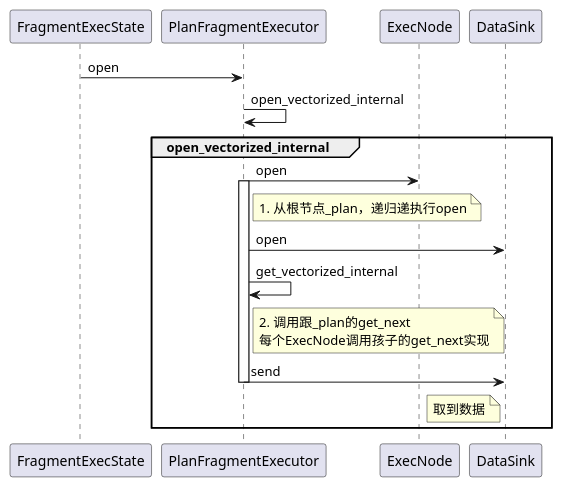
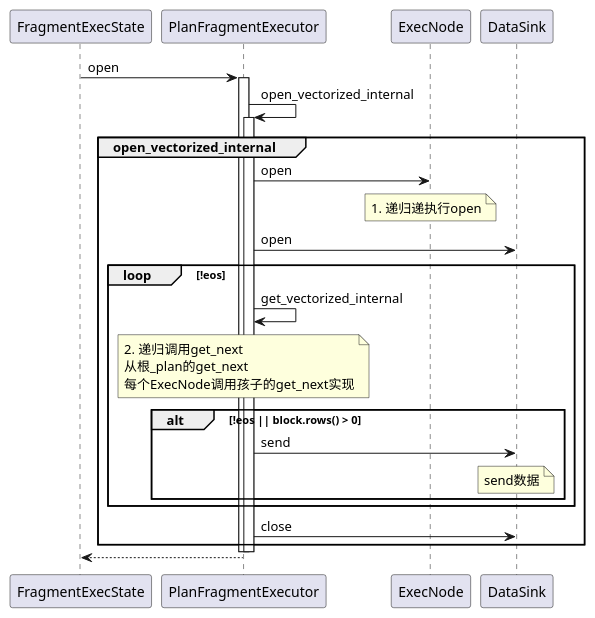
One commit to DepInjoy/geektime changed the fourth of 6 diagrams in doc/DB/Doris/SourceRead/12_01_Exec_Volcano.md. Above: the diagram before and after it, drawn with PlantUML. The commit also changed other lines of this file, not shown here.

````diff
--- a/doc/DB/Doris/SourceRead/12_01_Exec_Volcano.md
+++ b/doc/DB/Doris/SourceRead/12_01_Exec_Volcano.md
@@ -108,17 +109,25 @@
 ```plantuml
 @startuml
 FragmentExecState -> PlanFragmentExecutor:open
+activate PlanFragmentExecutor
 PlanFragmentExecutor -> PlanFragmentExecutor:open_vectorized_internal
+activate PlanFragmentExecutor
 group open_vectorized_internal
     PlanFragmentExecutor -> ExecNode:open
-    activate PlanFragmentExecutor
-    note right of PlanFragmentExecutor : 1. 从根节点_plan，递归递执行open
+    note over of ExecNode : 1. 递归递执行open
     PlanFragmentExecutor -> DataSink:open
+    loop !eos
     PlanFragmentExecutor -> PlanFragmentExecutor:get_vectorized_internal
-    note right of PlanFragmentExecutor: 2. 调用跟_plan的get_next\n每个ExecNode调用孩子的get_next实现
-    PlanFragmentExecutor -> DataSink:send
-    note left of DataSink: 取到数据
-    deactivate PlanFragmentExecutor
+    note over of PlanFragmentExecutor: 2. 递归调用get_next\n从根_plan的get_next\n每个ExecNode调用孩子的get_next实现
+    alt !eos || block.rows() > 0
+        PlanFragmentExecutor -> DataSink:send
+        note over of DataSink: send数据
+    end
+    end loop
+    PlanFragmentExecutor -> DataSink:close
 end group
+deactivate PlanFragmentExecutor
+deactivate PlanFragmentExecutor
+PlanFragmentExecutor --> FragmentExecState
 @enduml
 ```
````
